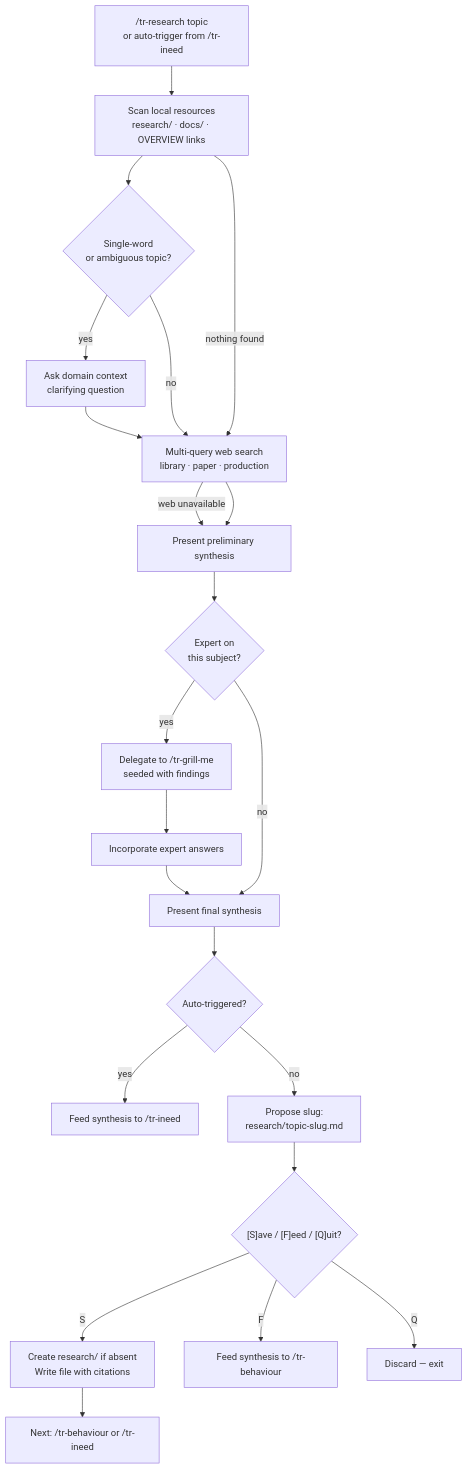
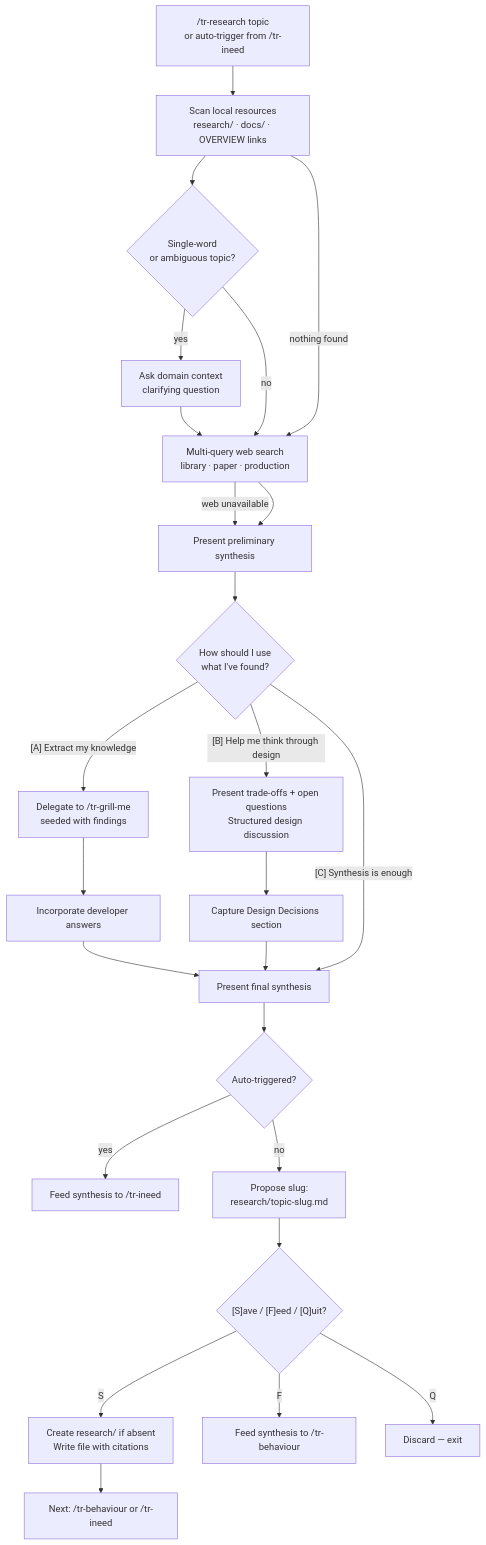
Before and after one commit to imix/taproot: the diagram in taproot/specs/research/research-subject/usecase.md, drawn with Mermaid. The commit also changed other lines of this file and 9 other files, not shown here.

````diff
--- a/taproot/specs/research/research-subject/usecase.md
+++ b/taproot/specs/research/research-subject/usecase.md
@@ -71,24 +80,27 @@
 ```mermaid
 flowchart TD
     A["/tr-research topic\nor auto-trigger from /tr-ineed"] --> B[Scan local resources\nresearch/ · docs/ · OVERVIEW links]
     B --> C{Single-word\nor ambiguous topic?}
     C -->|yes| C2[Ask domain context\nclarifying question]
     C2 --> D
     C -->|no| D[Multi-query web search\nlibrary · paper · production]
     B -->|nothing found| D
     D -->|web unavailable| E
     D --> E[Present preliminary synthesis]
-    E --> F{Expert on\nthis subject?}
-    F -->|yes| G[Delegate to /tr-grill-me\nseeded with findings]
-    G --> H[Incorporate expert answers]
+    E --> F{"How should I use\nwhat I've found?"}
+    F -->|"[A] Extract my knowledge"| G[Delegate to /tr-grill-me\nseeded with findings]
+    G --> H[Incorporate developer answers]
     H --> I[Present final synthesis]
-    F -->|no| I
+    F -->|"[B] Help me think through design"| B2[Present trade-offs + open questions\nStructured design discussion]
+    B2 --> B3[Capture Design Decisions section]
+    B3 --> I
+    F -->|"[C] Synthesis is enough"| I
     I --> J{Auto-triggered?}
     J -->|yes| K[Feed synthesis to /tr-ineed]
     J -->|no| L[Propose slug:\nresearch/topic-slug.md]
     L --> M{"[S]ave / [F]eed / [Q]uit?"}
     M -->|S| N[Create research/ if absent\nWrite file with citations]
     N --> O["Next: /tr-behaviour or /tr-ineed"]
     M -->|F| P[Feed synthesis to /tr-behaviour]
     M -->|Q| Q[Discard — exit]
 ```
````
